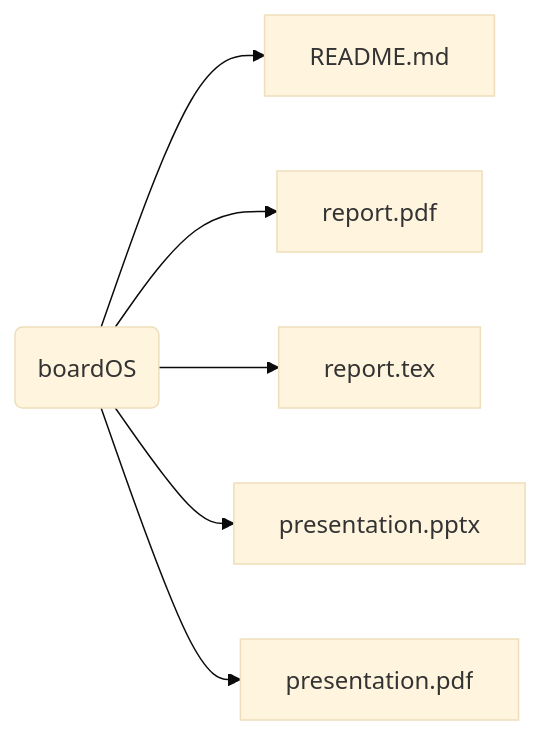
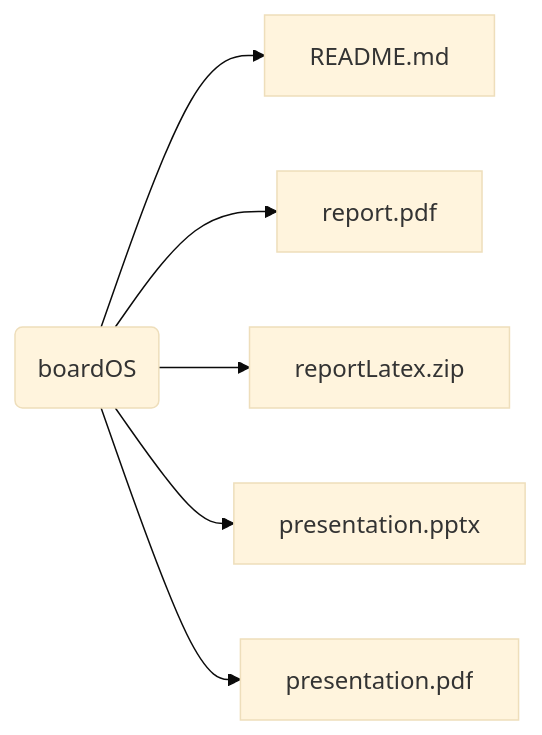
One commit to smokyisthatyou/STM32Nucleo64 changed the first of 4 diagrams in README.md. Above: the diagram before and after it, drawn with Mermaid. The commit also changed 3 other files, not shown here.

````diff
--- a/README.md
+++ b/README.md
@@ -27,18 +27,18 @@
 ```mermaid
 %%{init: {'theme':'base'}}%%
 graph LR;
 b(boardOS)
 b-->README.md;
 b-->report.pdf;   
-b-->report.tex;         
+b-->reportLatex.zip;         
 b-->presentation.pptx;
 b-->presentation.pdf;
 
 click b href "https://baltig.polito.it/caos2023/group2/-/tree/boardOS" "Link to boardOS";
 click report.pdf href "https://baltig.polito.it/caos2023/group2/-/tree/boardOS/report.pdf" "Link to report.pdf";
-click report.tex href "https://baltig.polito.it/caos2023/group2/-/tree/boardOS/report.tex" "Link to report.tex";
+click reportLatex.zip href "https://baltig.polito.it/caos2023/group2/-/tree/boardOS/reportLatex.zip" "Link to reportLatex.zip";
 click presentation.pptx href "https://baltig.polito.it/caos2023/group2/-/tree/boardOS/presentation.pptx" "Link to presentation.pptx";
 click presentation.pdf href "https://baltig.polito.it/caos2023/group2/-/tree/boardOS/presentation.pdf" "Link to presentation.pdf";
 
 
 ```
````
